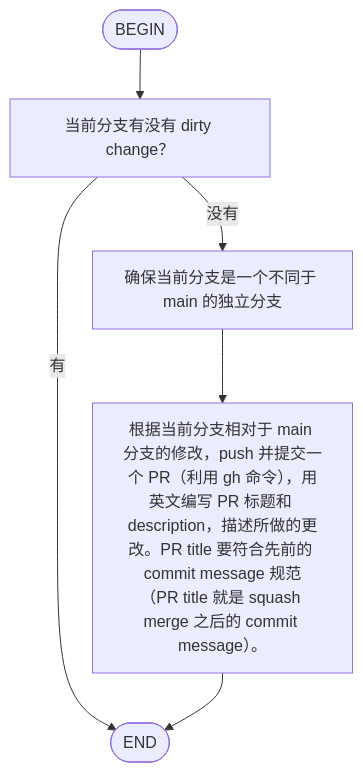
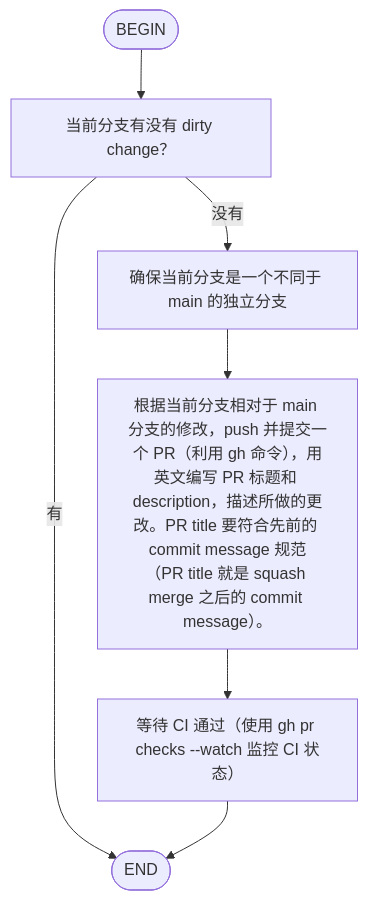
Before and after one commit to MoonshotAI/kimi-cli: the diagram in .agents/skills/pull-request/SKILL.md, drawn with Mermaid. The commit also changed 9 other files, not shown here.

````diff
--- a/.agents/skills/pull-request/SKILL.md
+++ b/.agents/skills/pull-request/SKILL.md
@@ -7,8 +7,9 @@
 ```mermaid
 flowchart TB
     A(["BEGIN"]) --> B["当前分支有没有 dirty change？"]
     B -- 有 --> D(["END"])
     B -- 没有 --> n1["确保当前分支是一个不同于 main 的独立分支"]
     n1 --> n2["根据当前分支相对于 main 分支的修改，push 并提交一个 PR（利用 gh 命令），用英文编写 PR 标题和 description，描述所做的更改。PR title 要符合先前的 commit message 规范（PR title 就是 squash merge 之后的 commit message）。"]
-    n2 --> D
+    n2 --> n3["等待 CI 通过（使用 gh pr checks --watch 监控 CI 状态）"]
+    n3 --> D
 ```
````
